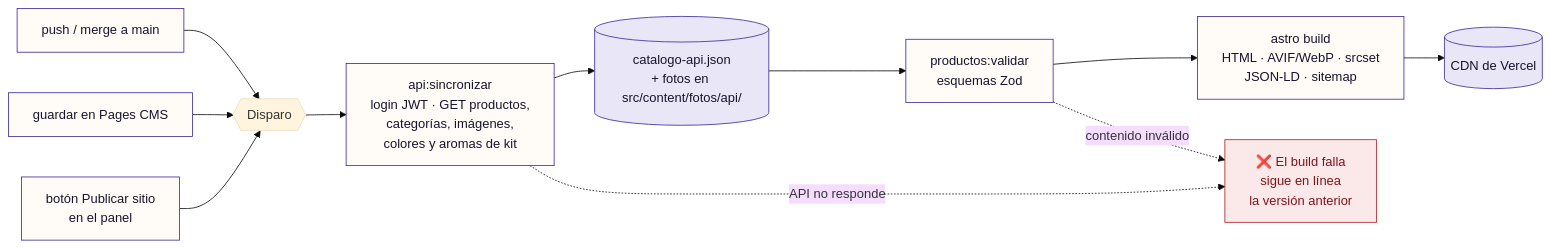
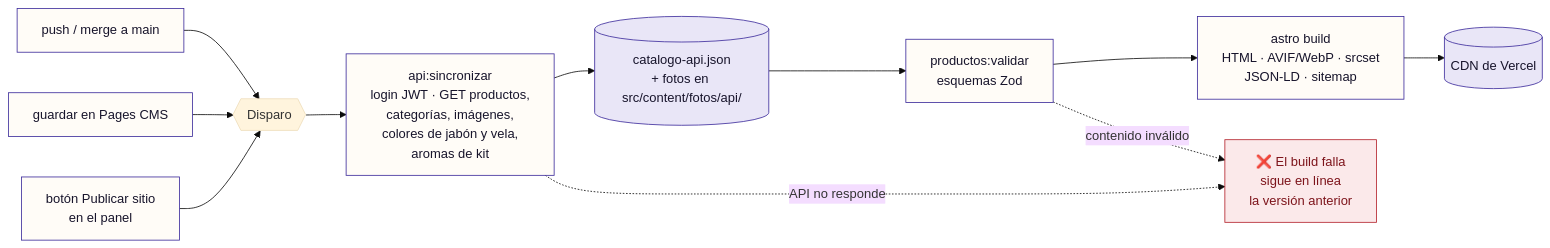
The fourth of 7 diagrams in README.md (AIMtonio/front-aalcuadrado), drawn with Mermaid (base theme) before and after one commit. The commit also changed other lines of this file and 6 other files, not shown here.

First line of the commit message:
Usa los colores separados de jabón y de vela (#10)

````diff
--- a/README.md
+++ b/README.md
@@ -208,28 +208,28 @@
 ```mermaid
 flowchart LR
   disparo{{"Disparo"}}
   push["push / merge a main"]
   cms["guardar en Pages CMS"]
   hook["botón Publicar sitio<br/>en el panel"]
 
-  sync["api:sincronizar<br/>login JWT · GET productos,<br/>categorías, imágenes,<br/>colores y aromas de kit"]
+  sync["api:sincronizar<br/>login JWT · GET productos,<br/>categorías, imágenes,<br/>colores de jabón y vela,<br/>aromas de kit"]
   manifiesto[("catalogo-api.json<br/>+ fotos en src/content/fotos/api/")]
   validar["productos:validar<br/>esquemas Zod"]
   astro["astro build<br/>HTML · AVIF/WebP · srcset<br/>JSON-LD · sitemap"]
   cdn[("CDN de Vercel")]
   falla["❌ El build falla<br/>sigue en línea<br/>la versión anterior"]
 
   push --> disparo
   cms --> disparo
   hook --> disparo
   disparo --> sync --> manifiesto --> validar --> astro --> cdn
   sync -. "API no responde" .-> falla
   validar -. "contenido inválido" .-> falla
 
   classDef paso fill:#fffcf7,stroke:#3b2a9b,color:#17142b
   classDef datos fill:#e9e6f7,stroke:#3b2a9b,color:#17142b
   classDef error fill:#fbe9ea,stroke:#b3202a,color:#7d141b
   class push,cms,hook,sync,validar,astro paso
   class manifiesto,cdn datos
   class falla error
 ```
````
